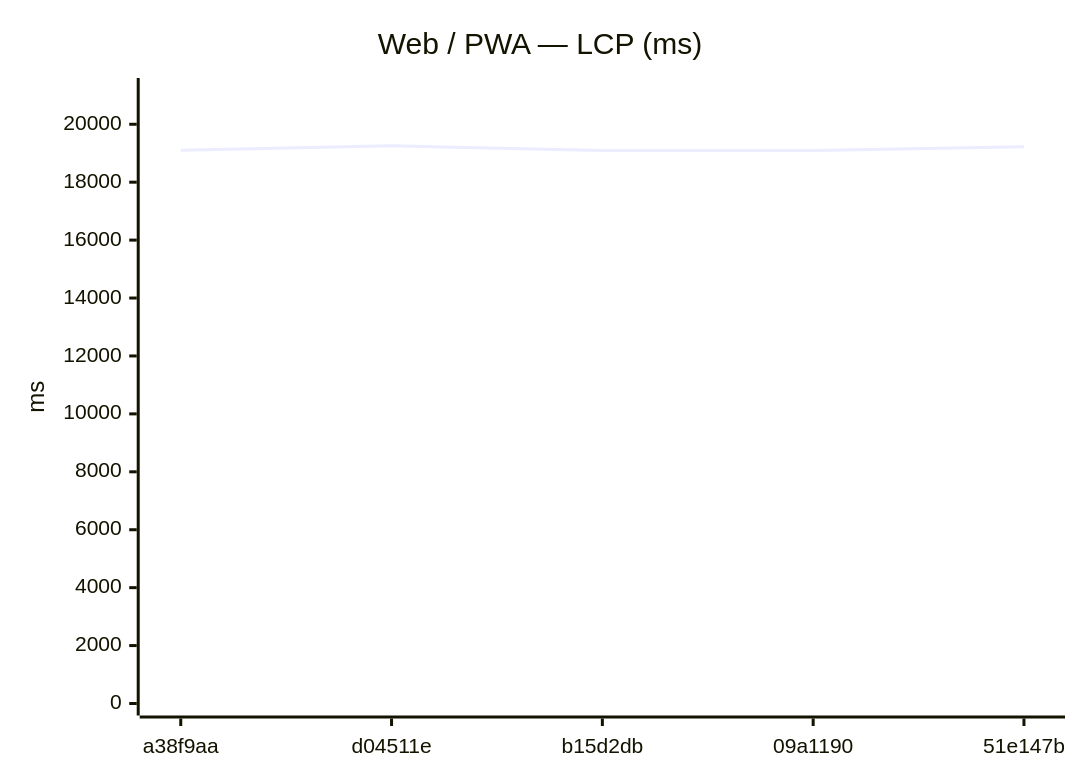
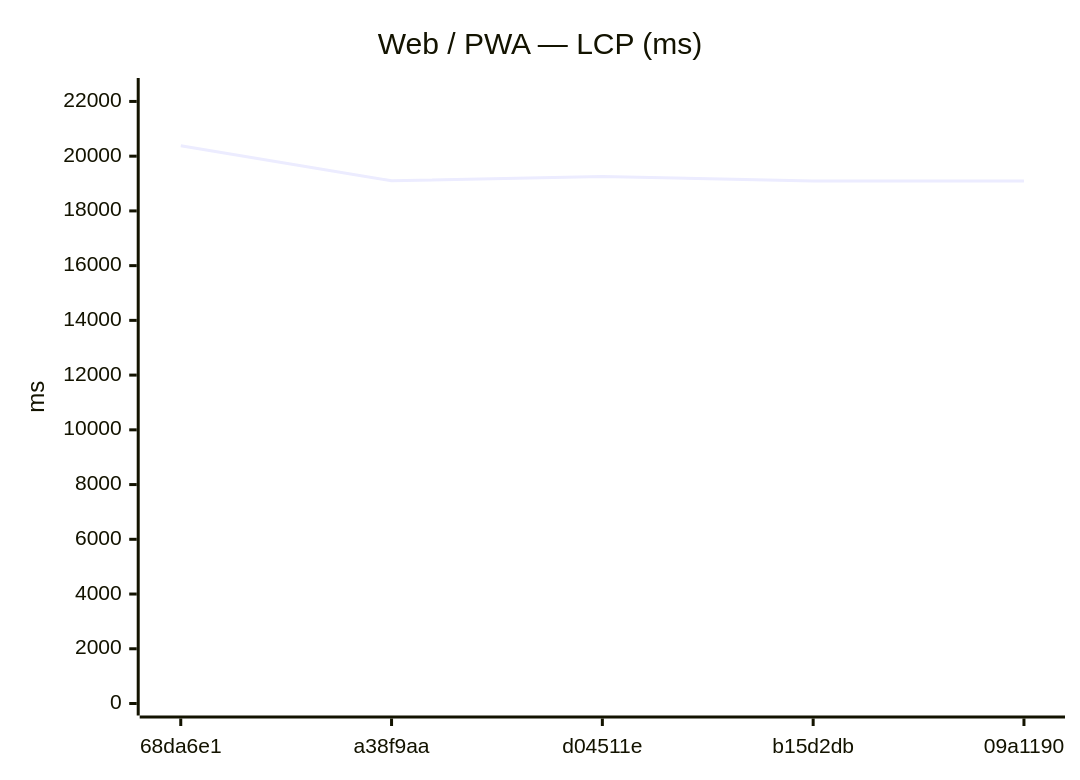
The seventh of 18 diagrams in benchmarks/compare.md (Metaheurist/Rianell), drawn with Mermaid before and after one commit. The commit also changed other lines of this file and 11 other files, not shown here.

````diff
--- a/benchmarks/compare.md
+++ b/benchmarks/compare.md
@@ -117,7 +117,7 @@
 ```mermaid
 xychart-beta
     title "Web / PWA — LCP (ms)"
-    x-axis ["a38f9aa", "d04511e", "b15d2db", "09a1190", "51e147b"]
-    y-axis "ms" 0 --> 21183
-    line [19099, 19257, 19097, 19090, 19227]
+    x-axis ["68da6e1", "a38f9aa", "d04511e", "b15d2db", "09a1190"]
+    y-axis "ms" 0 --> 22418
+    line [20380, 19099, 19257, 19097, 19090]
 ```
````
